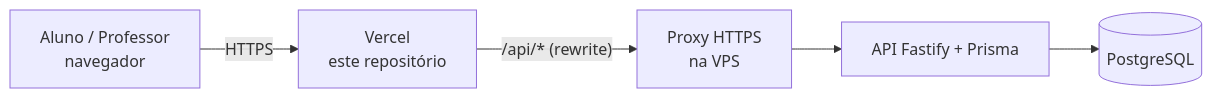
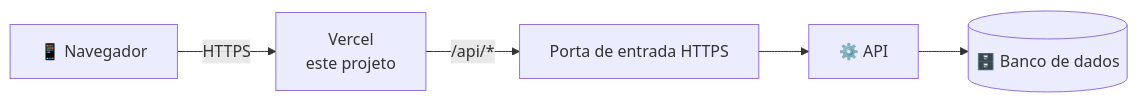
The diagram in README.md (anndrehjr/questionario-anonimo-front), drawn with Mermaid before and after one commit. The commit also changed other lines of this file, not shown here.

````diff
--- a/README.md
+++ b/README.md
@@ -48,7 +107,7 @@
 ```mermaid
 flowchart LR
-    A[Aluno / Professor<br/>navegador] -->|HTTPS| V[Vercel<br/>este repositório]
-    V -->|"/api/* (rewrite)"| P[Proxy HTTPS<br/>na VPS]
-    P --> API[API Fastify + Prisma]
-    API --> DB[(PostgreSQL)]
+    A[📱 Navegador] -->|HTTPS| V[Vercel<br/>este projeto]
+    V -->|"/api/*"| P[Porta de entrada HTTPS]
+    P --> API[⚙️ API]
+    API --> DB[(🗄️ Banco de dados)]
 ```
````
